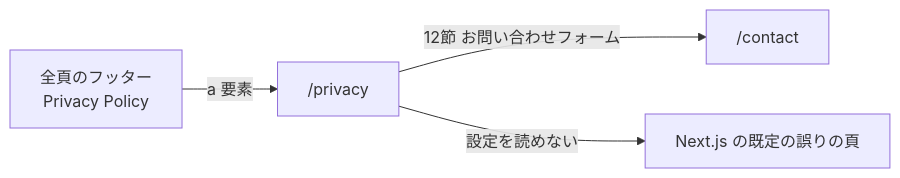
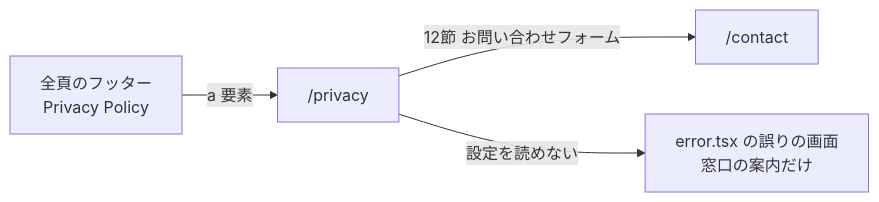
The second of 3 diagrams in docs/03_BasicDesign/areas/privacy.md (ChocoWork/o_official), drawn with Mermaid before and after one commit. The commit also changed other lines of this file and 207 other files, not shown here.

````diff
--- a/docs/03_BasicDesign/areas/privacy.md
+++ b/docs/03_BasicDesign/areas/privacy.md
@@ -138,6 +138,6 @@
 ```mermaid
 flowchart LR
   Footer["全頁のフッター<br/>Privacy Policy"] -->|a 要素| Privacy["/privacy"]
   Privacy -->|12節 お問い合わせフォーム| Contact["/contact"]
-  Privacy -->|設定を読めない| Error["Next.js の既定の誤りの頁"]
+  Privacy -->|設定を読めない| Error["error.tsx の誤りの画面<br/>窓口の案内だけ"]
 ```
````
